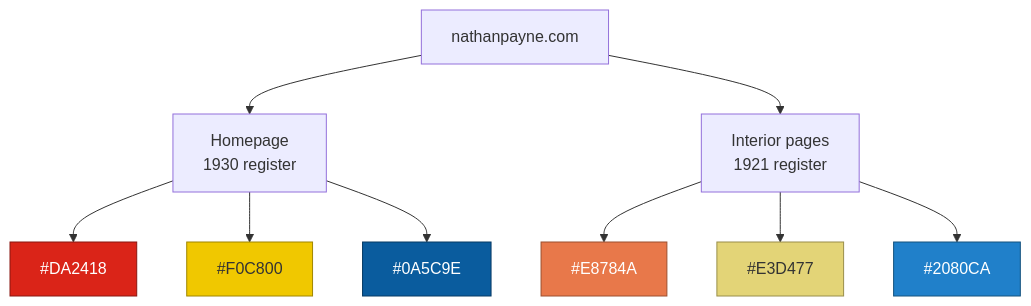
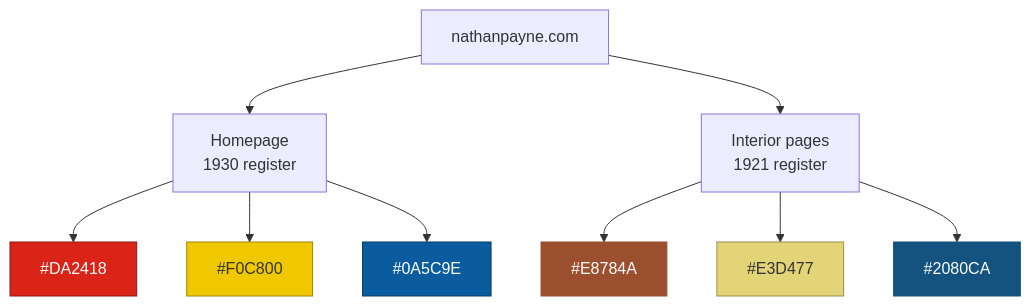
The second of 2 diagrams in src/content/blog/two-blues-one-composition.md (nathanjohnpayne/nathanpaynedotcom), drawn with Mermaid before and after one commit. The commit also changed other lines of this file and 15 other files, not shown here.

Commit message:
fix(mermaid): enforce accessible label contrast (#748) (#750)

````diff
--- a/src/content/blog/two-blues-one-composition.md
+++ b/src/content/blog/two-blues-one-composition.md
@@ -140,17 +140,17 @@
 ```mermaid title="Two palette registers across one site" description="Nathanpayne.com branches into a high-chroma 1930 register for the homepage and a softer 1921 register for interior pages, with distinct red, yellow, and blue values in each."
 graph TD
     SITE["nathanpayne.com"] --> HOME["Homepage<br/>1930 register"]
     SITE --> INT["Interior pages<br/>1921 register"]
     HOME --> H1["#DA2418"]
     HOME --> H2["#F0C800"]
     HOME --> H3["#0A5C9E"]
     INT --> I1["#E8784A"]
     INT --> I2["#E3D477"]
     INT --> I3["#2080CA"]
     style H1 fill:#DA2418,stroke:#8a1610,color:#fff
     style H2 fill:#F0C800,stroke:#a08600,color:#333
     style H3 fill:#0A5C9E,stroke:#063a64,color:#fff
-    style I1 fill:#E8784A,stroke:#9c4f2f,color:#fff
+    style I1 fill:#9c4f2f,stroke:#9c4f2f,color:#fff
     style I2 fill:#E3D477,stroke:#998e4a,color:#333
-    style I3 fill:#2080CA,stroke:#14527f,color:#fff
+    style I3 fill:#14527f,stroke:#14527f,color:#fff
 ```
````
